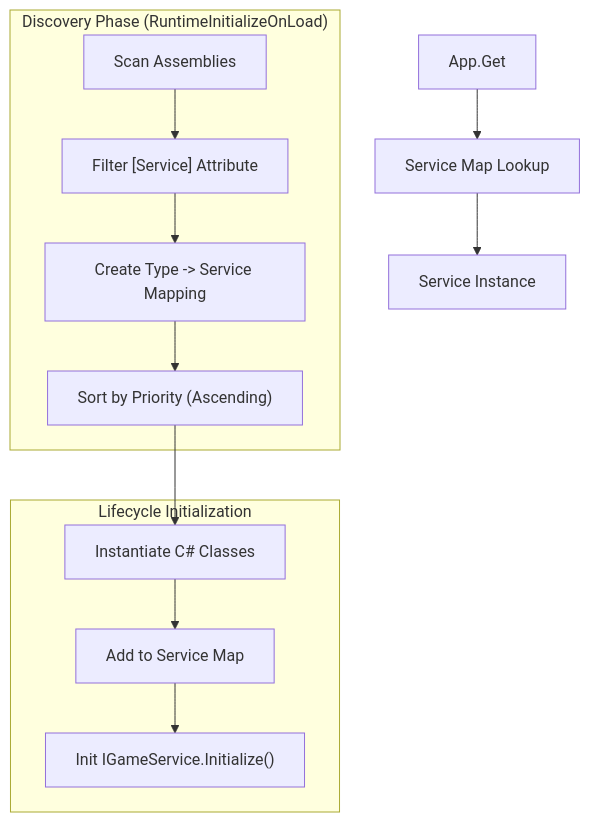
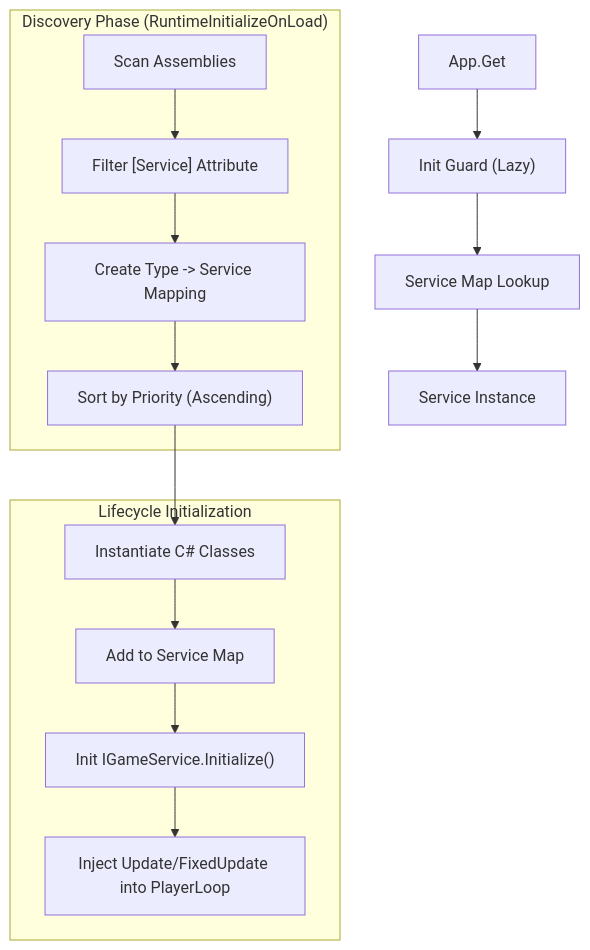
One commit to eraflo/Catalyst changed the first of 2 diagrams in Documentation~/Core/ServiceLocator.md. Above: the diagram before and after it, drawn with Mermaid. The commit also changed other lines of this file and 52 other files, not shown here.

````diff
--- a/Documentation~/Core/ServiceLocator.md
+++ b/Documentation~/Core/ServiceLocator.md
@@ -17,17 +17,19 @@
 ```mermaid
 flowchart TD
     subgraph Discovery ["Discovery Phase (RuntimeInitializeOnLoad)"]
         Scan[Scan Assemblies] --> Find["Filter [Service] Attribute"]
         Find --> Map["Create Type -> Service Mapping"]
         Map --> Sort["Sort by Priority (Ascending)"]
     end
     
     subgraph Lifecycle ["Lifecycle Initialization"]
         Sort --> Instantiate[Instantiate C# Classes]
         Instantiate --> Register[Add to Service Map]
         Register --> Init["Init IGameService.Initialize()"]
+        Init --> PL["Inject Update/FixedUpdate into PlayerLoop"]
     end
 
-    App[App.Get] --> Get["Service Map Lookup"]
+    App[App.Get] --> Guard["Init Guard (Lazy)"]
+    Guard --> Get["Service Map Lookup"]
     Get --> S[Service Instance]
 ```
````
